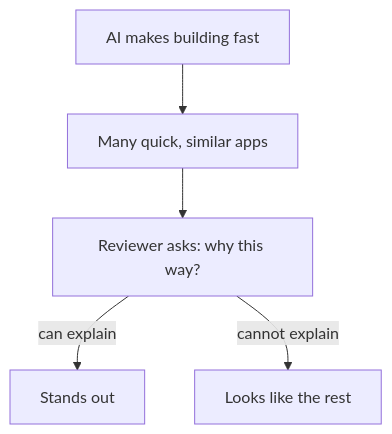
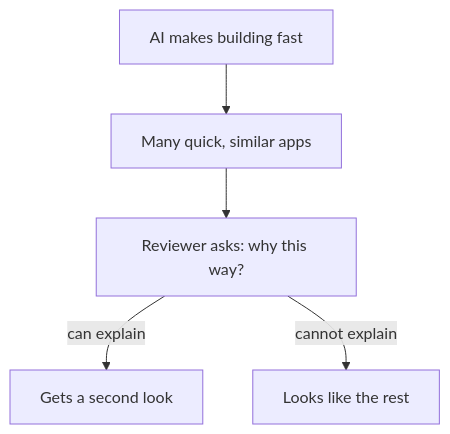
Before and after one commit to Muhammad-AnasKhan/Buildment: the diagram in content/import/build-with-ai/01-ai-as-an-enabler/01.05-plenty-of-ai-few-strong-projects.md, drawn with Mermaid. The commit also changed other lines of this file and 13 other files, not shown here.

Commit message:
Revise build-with-ai module 1 after G5 round 1: real predicts, balanced options, rebuilt diagrams

````diff
--- a/content/import/build-with-ai/01-ai-as-an-enabler/01.05-plenty-of-ai-few-strong-projects.md
+++ b/content/import/build-with-ai/01-ai-as-an-enabler/01.05-plenty-of-ai-few-strong-projects.md
@@ -28,7 +30,7 @@
 ```mermaid
 flowchart TD
   A["AI makes building fast"] --> B["Many quick, similar apps"]
   B --> C["Reviewer asks: why this way?"]
-  C -->|"can explain"| D["Stands out"]
+  C -->|"can explain"| D["Gets a second look"]
   C -->|"cannot explain"| E["Looks like the rest"]
 ```
````
